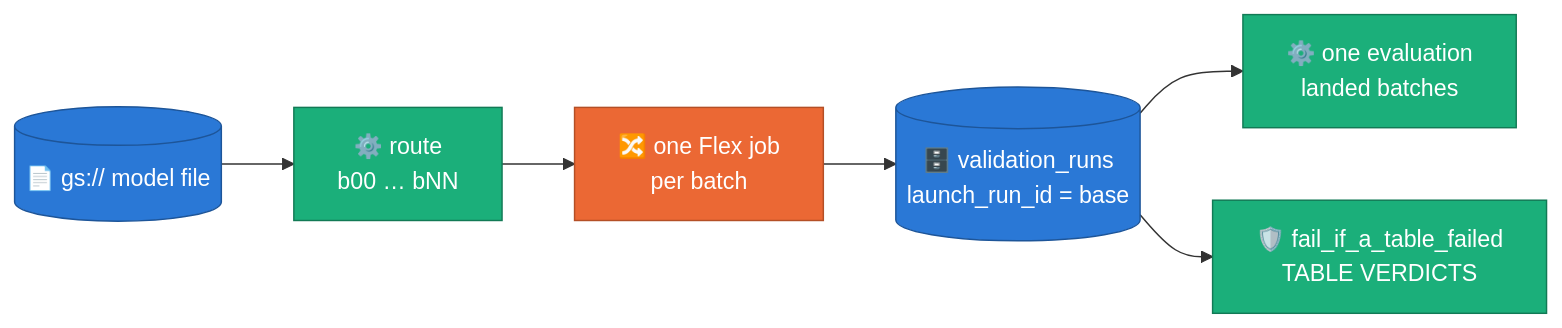
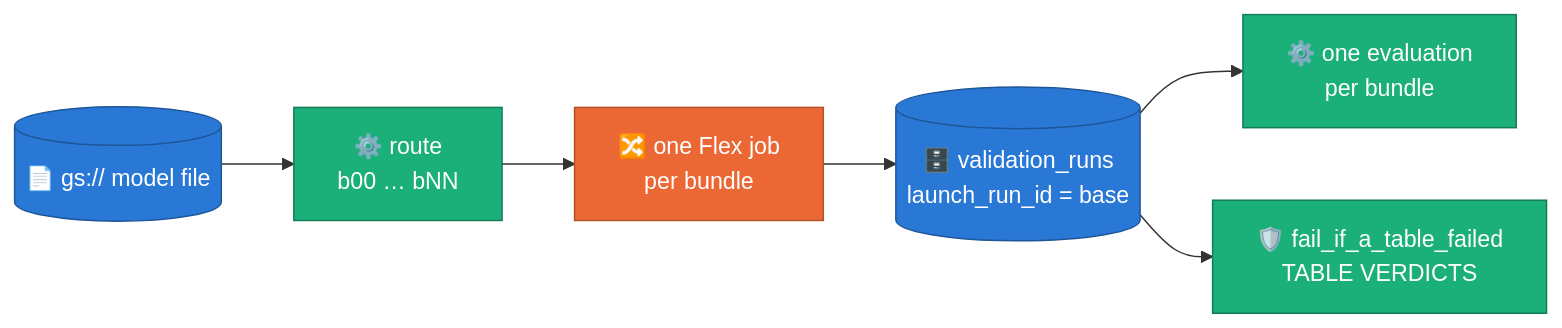
Before and after one commit to albertols/synthetic-llm-dataflow-bigquery: the ninth of 9 diagrams in docs/RUN_PLAYBOOK.md, drawn with Mermaid. The commit also changed other lines of this file and 15 other files, not shown here.

````diff
--- a/docs/RUN_PLAYBOOK.md
+++ b/docs/RUN_PLAYBOOK.md
@@ -2982,17 +3025,17 @@
 ```mermaid
 flowchart LR
   classDef beam  fill:#eb6834,color:#fff,stroke:#b44f26
   classDef cpu   fill:#1baf7a,color:#fff,stroke:#127a55
   classDef gpu   fill:#7a3fd1,color:#fff,stroke:#5a2f9d
   classDef store fill:#2a78d6,color:#fff,stroke:#1d5599
   classDef data  fill:#6b7280,color:#fff,stroke:#4b5563
 
   M[("📄 gs:// model file")]:::store
   P["⚙️ route<br/>b00 … bNN"]:::cpu
-  J["🔀 one Flex job<br/>per batch"]:::beam
+  J["🔀 one Flex job<br/>per bundle"]:::beam
   V[("🗄️ validation_runs<br/>launch_run_id = base")]:::store
-  E["⚙️ one evaluation<br/>landed batches"]:::cpu
+  E["⚙️ one evaluation<br/>per bundle"]:::cpu
   T["🛡️ fail_if_a_table_failed<br/>TABLE VERDICTS"]:::cpu
   M --> P --> J --> V --> E
   V --> T
 ```
````
